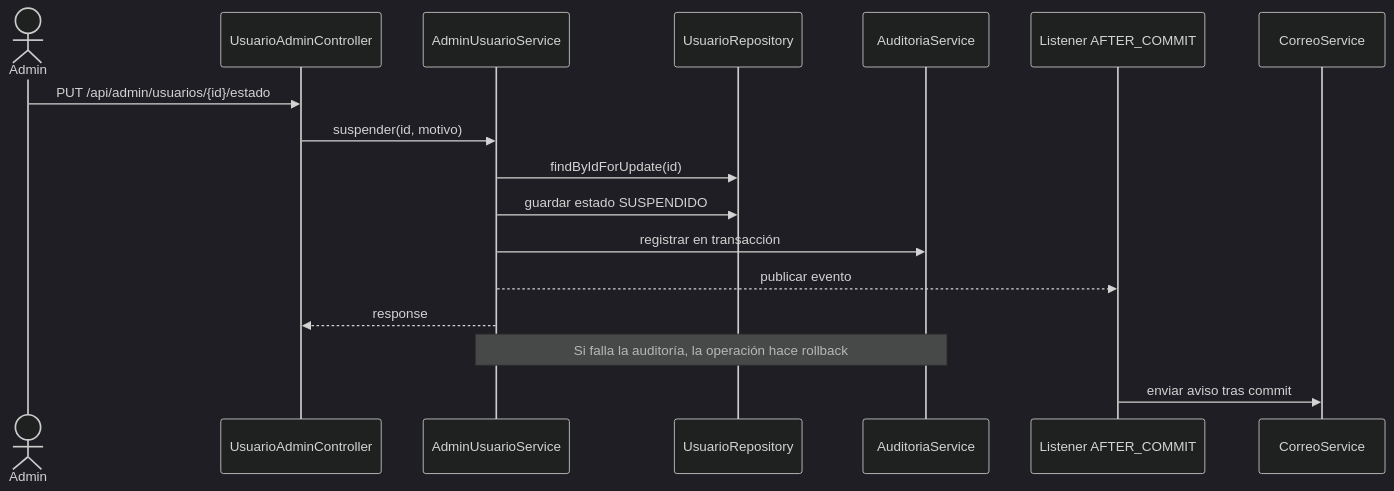
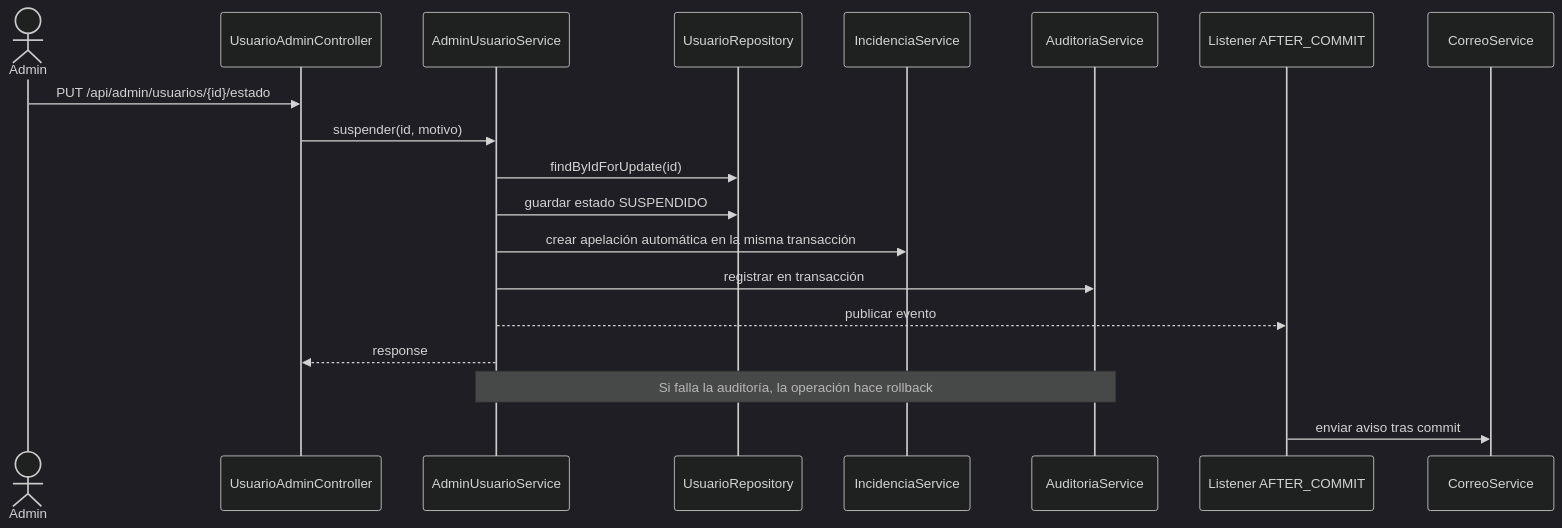
Before and after one commit to ValRodriguez97/Personal: the first of 4 diagrams in docs/us-14/descripcion-funcional.md, drawn with Mermaid (dark theme). The commit also changed other lines of this file and 19 other files, not shown here.

````diff
--- a/docs/us-14/descripcion-funcional.md
+++ b/docs/us-14/descripcion-funcional.md
@@ -247,19 +255,21 @@
 ```mermaid
 sequenceDiagram
   actor Admin
   participant API as UsuarioAdminController
   participant Servicio as AdminUsuarioService
   participant Usuario as UsuarioRepository
+  participant Incidencias as IncidenciaService
   participant Auditoria as AuditoriaService
   participant Eventos as Listener AFTER_COMMIT
   participant Correo as CorreoService
   Admin->>API: PUT /api/admin/usuarios/{id}/estado
   API->>Servicio: suspender(id, motivo)
   Servicio->>Usuario: findByIdForUpdate(id)
   Servicio->>Usuario: guardar estado SUSPENDIDO
+  Servicio->>Incidencias: crear apelación automática en la misma transacción
   Servicio->>Auditoria: registrar en transacción
   Servicio-->>Eventos: publicar evento
   Servicio-->>API: response
   Note over Servicio,Auditoria: Si falla la auditoría, la operación hace rollback
   Eventos->>Correo: enviar aviso tras commit
 ```
````
